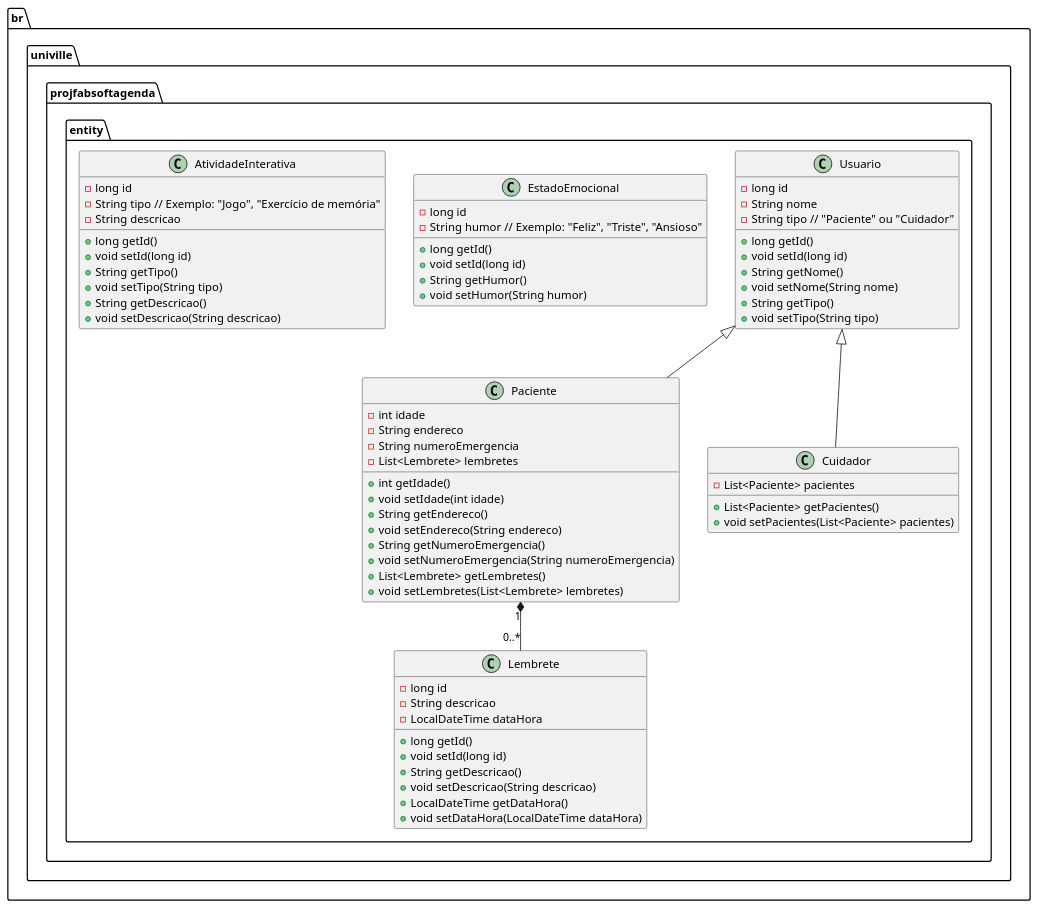
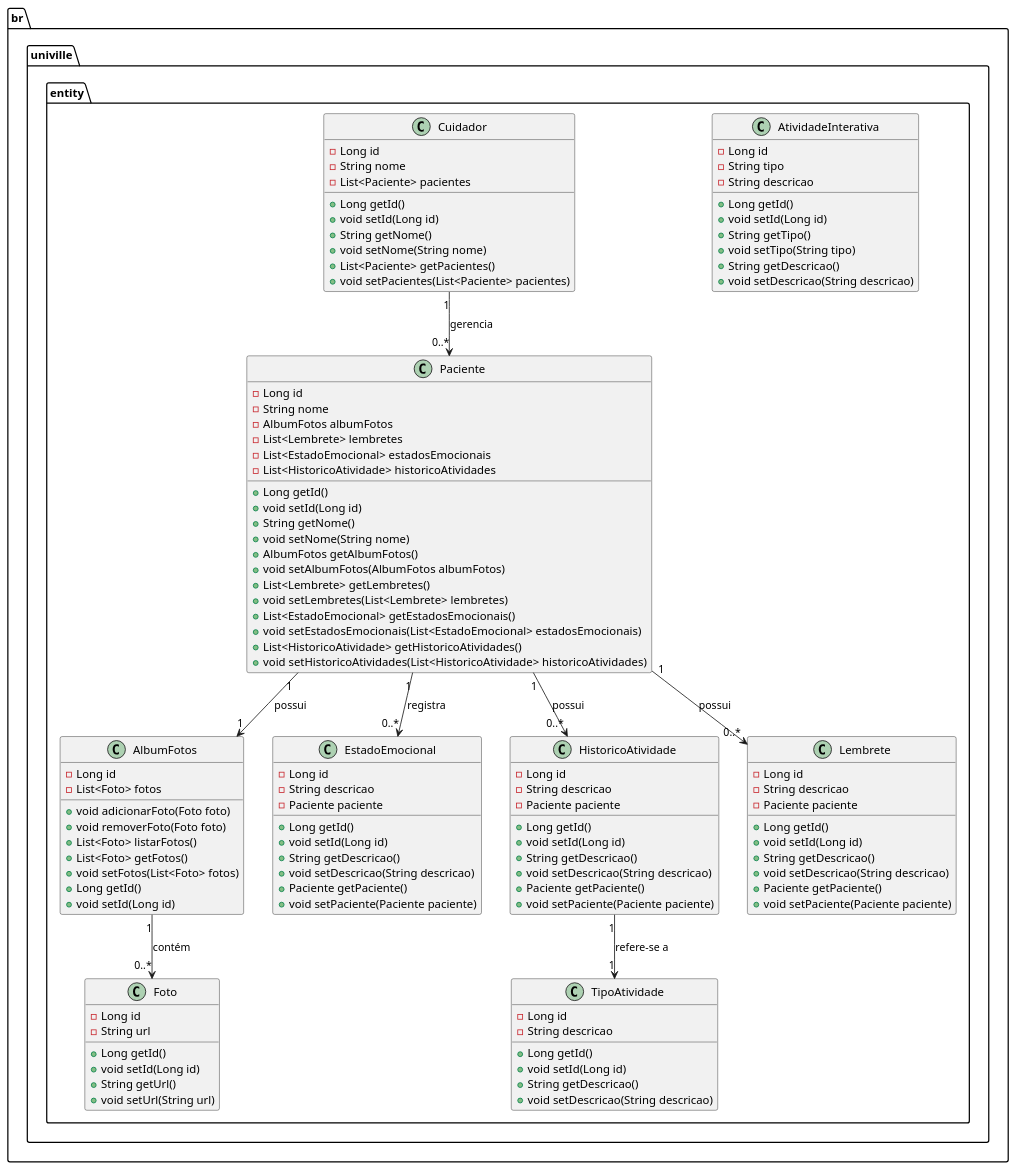
One commit to karolaynedasilva/fabsofta-karolayne changed the diagram in diagramas/diagramasdeclasse.puml. Above: the diagram before and after it, drawn with PlantUML. The commit also changed 3 other files, not shown here.

```diff
--- a/diagramas/diagramasdeclasse.puml
+++ b/diagramas/diagramasdeclasse.puml
@@ -1,73 +1,122 @@
 @startuml
-package br.univille.projfabsoftagenda.entity {
-    class Usuario {
-        - long id
-        - String nome
-        - String tipo // "Paciente" ou "Cuidador"
-        + long getId()
-        + void setId(long id)
-        + String getNome()
-        + void setNome(String nome)
-        + String getTipo()
-        + void setTipo(String tipo)
+package br.univille.entity {
+    class AlbumFotos {
+        - Long id
+        - List<Foto> fotos
+        + void adicionarFoto(Foto foto)
+        + void removerFoto(Foto foto)
+        + List<Foto> listarFotos()
+        + List<Foto> getFotos()
+        + void setFotos(List<Foto> fotos)
+        + Long getId()
+        + void setId(Long id)
     }
 
-    class Paciente {
-        - int idade
-        - String endereco
-        - String numeroEmergencia
-        - List<Lembrete> lembretes
-        + int getIdade()
-        + void setIdade(int idade)
-        + String getEndereco()
-        + void setEndereco(String endereco)
-        + String getNumeroEmergencia()
-        + void setNumeroEmergencia(String numeroEmergencia)
-        + List<Lembrete> getLembretes()
-        + void setLembretes(List<Lembrete> lembretes)
-    }
-
-    class Cuidador {
-        - List<Paciente> pacientes
-        + List<Paciente> getPacientes()
-        + void setPacientes(List<Paciente> pacientes)
-    }
-
-    class Lembrete {
-        - long id
-        - String descricao
-        - LocalDateTime dataHora
-        + long getId()
-        + void setId(long id)
-        + String getDescricao()
-        + void setDescricao(String descricao)
-        + LocalDateTime getDataHora()
-        + void setDataHora(LocalDateTime dataHora)
-    }
-
-    class EstadoEmocional {
-        - long id
-        - String humor // Exemplo: "Feliz", "Triste", "Ansioso"
-        + long getId()
-        + void setId(long id)
-        + String getHumor()
-        + void setHumor(String humor)
+    class Foto {
+        - Long id
+        - String url
+        + Long getId()
+        + void setId(Long id)
+        + String getUrl()
+        + void setUrl(String url)
     }
 
     class AtividadeInterativa {
-        - long id
-        - String tipo // Exemplo: "Jogo", "Exercício de memória"
+        - Long id
+        - String tipo
         - String descricao
-        + long getId()
-        + void setId(long id)
+        + Long getId()
+        + void setId(Long id)
         + String getTipo()
         + void setTipo(String tipo)
         + String getDescricao()
         + void setDescricao(String descricao)
     }
 
-    Usuario <|-- Paciente
-    Usuario <|-- Cuidador
-    Paciente "1" *-- "0..*" Lembrete
+    class Cuidador {
+        - Long id
+        - String nome
+        - List<Paciente> pacientes
+        + Long getId()
+        + void setId(Long id)
+        + String getNome()
+        + void setNome(String nome)
+        + List<Paciente> getPacientes()
+        + void setPacientes(List<Paciente> pacientes)
+    }
+
+    class EstadoEmocional {
+        - Long id
+        - String descricao
+        - Paciente paciente
+        + Long getId()
+        + void setId(Long id)
+        + String getDescricao()
+        + void setDescricao(String descricao)
+        + Paciente getPaciente()
+        + void setPaciente(Paciente paciente)
+    }
+
+    class HistoricoAtividade {
+        - Long id
+        - String descricao
+        - Paciente paciente
+        + Long getId()
+        + void setId(Long id)
+        + String getDescricao()
+        + void setDescricao(String descricao)
+        + Paciente getPaciente()
+        + void setPaciente(Paciente paciente)
+    }
+
+    class Lembrete {
+        - Long id
+        - String descricao
+        - Paciente paciente
+        + Long getId()
+        + void setId(Long id)
+        + String getDescricao()
+        + void setDescricao(String descricao)
+        + Paciente getPaciente()
+        + void setPaciente(Paciente paciente)
+    }
+
+    class Paciente {
+        - Long id
+        - String nome
+        - AlbumFotos albumFotos
+        - List<Lembrete> lembretes
+        - List<EstadoEmocional> estadosEmocionais
+        - List<HistoricoAtividade> historicoAtividades
+        + Long getId()
+        + void setId(Long id)
+        + String getNome()
+        + void setNome(String nome)
+        + AlbumFotos getAlbumFotos()
+        + void setAlbumFotos(AlbumFotos albumFotos)
+        + List<Lembrete> getLembretes()
+        + void setLembretes(List<Lembrete> lembretes)
+        + List<EstadoEmocional> getEstadosEmocionais()
+        + void setEstadosEmocionais(List<EstadoEmocional> estadosEmocionais)
+        + List<HistoricoAtividade> getHistoricoAtividades()
+        + void setHistoricoAtividades(List<HistoricoAtividade> historicoAtividades)
+    }
+
+    class TipoAtividade {
+        - Long id
+        - String descricao
+        + Long getId()
+        + void setId(Long id)
+        + String getDescricao()
+        + void setDescricao(String descricao)
+    }
+
+    AlbumFotos "1" --> "0..*" Foto : contém
+    Paciente "1" --> "1" AlbumFotos : possui
+    Cuidador "1" --> "0..*" Paciente : gerencia
+    Paciente "1" --> "0..*" Lembrete : possui
+    Paciente "1" --> "0..*" EstadoEmocional : registra
+    Paciente "1" --> "0..*" HistoricoAtividade : possui
+    HistoricoAtividade "1" --> "1" TipoAtividade : refere-se a
 }
 @enduml
```
